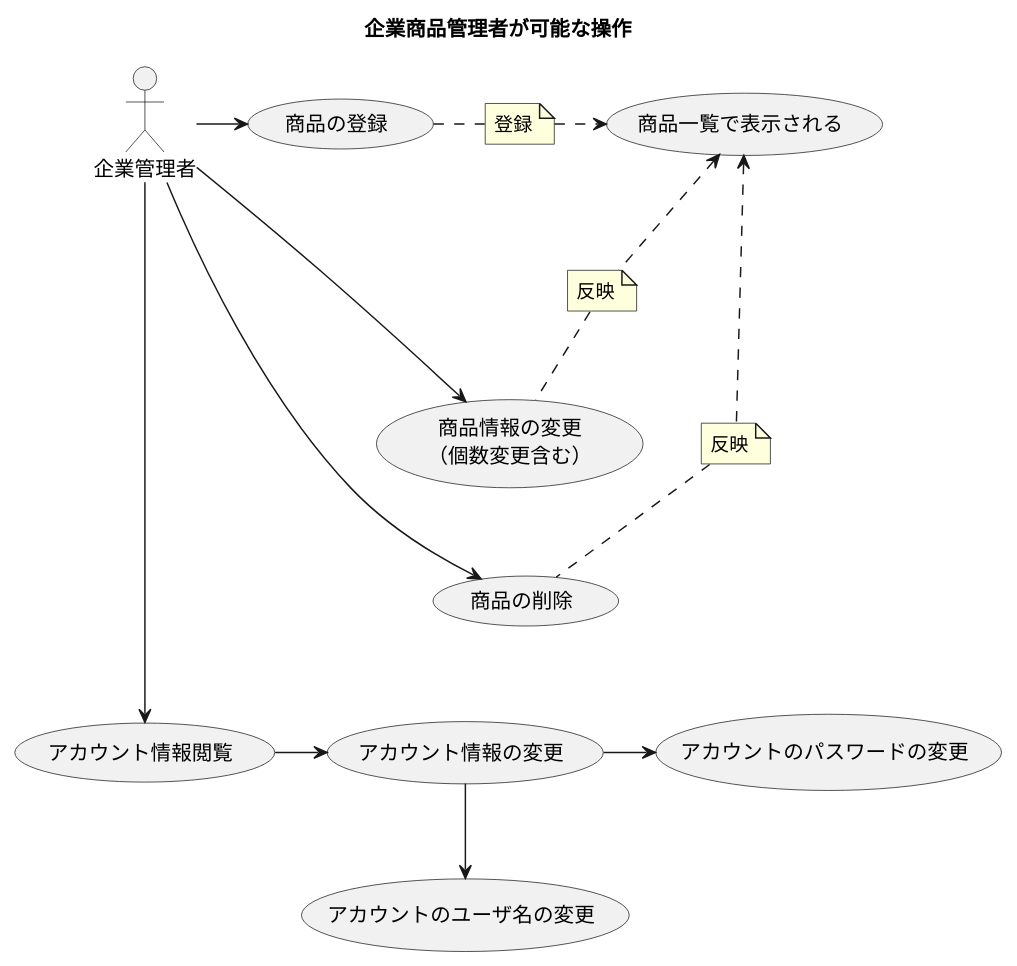
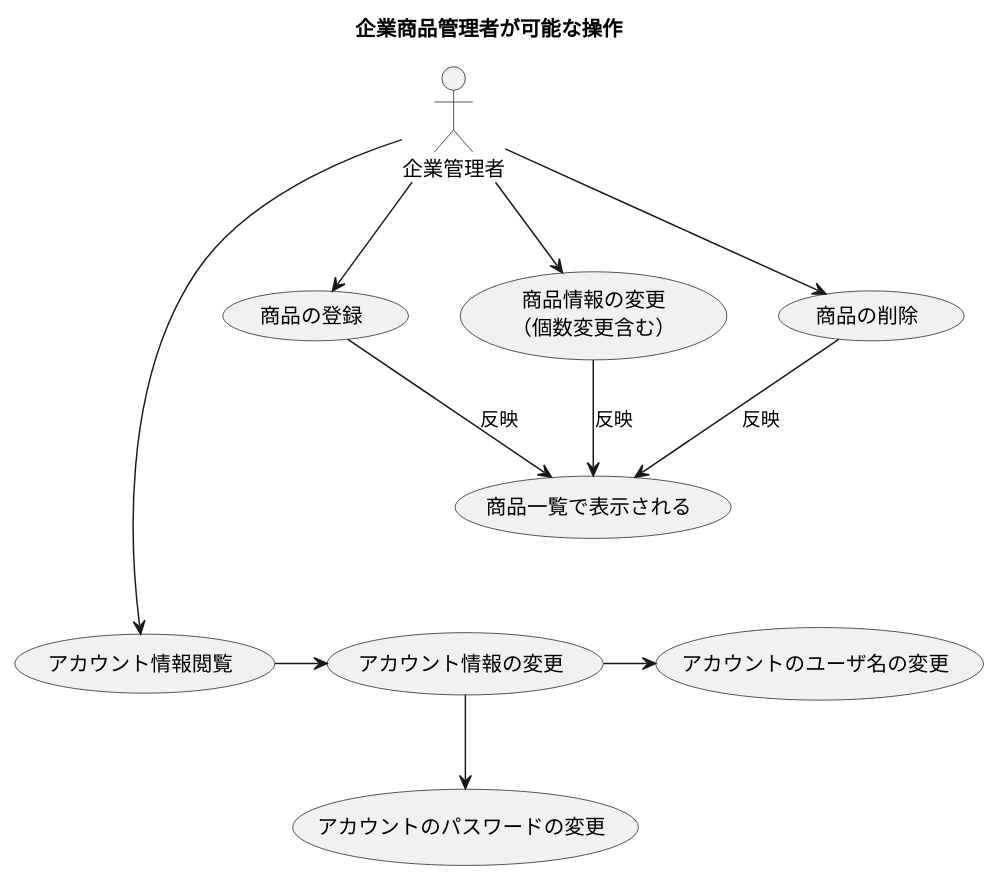
One commit to whalego/django_market_app changed the diagram in products_documents/workflow_diagram/admin_user_workfrow.puml. Above: the diagram before and after it, drawn with PlantUML.

Commit message:
企業商品管理者のワークフローの余分な部分を削除

```diff
--- a/products_documents/workflow_diagram/admin_user_workfrow.puml
+++ b/products_documents/workflow_diagram/admin_user_workfrow.puml
@@ -1,38 +1,31 @@
 @startuml
 title
 企業商品管理者が可能な操作
 end title
 
 :企業管理者: as item_administrator
 (商品の登録) as item
 (商品一覧で表示される) as item_list
 (商品情報の変更\n（個数変更含む）) as item_change_information
 (商品の削除) as delete_item
 (アカウント情報閲覧) as account_info
 (アカウント情報の変更) as change_account_info
 (アカウントのパスワードの変更) as change_password
 (アカウントのユーザ名の変更) as change_user_name
 
-note "登録" as register
-note "反映" as change_apply
-note "反映" as delete_apply
+item_administrator --> item
+item --> item_list : 反映
 
-item_administrator -> item
-item . register
-register .> item_list
+item_administrator --> delete_item
+delete_item --> item_list : 反映
 
-delete_item <- item_administrator
-delete_apply .. delete_item
-item_list <... delete_apply
-
-item_change_information <- item_administrator
-change_apply .. item_change_information
-item_list <.. change_apply
+item_administrator --> item_change_information
+item_change_information --> item_list : 反映
 
 top to bottom direction
-item_administrator -----> account_info
+item_administrator ----> account_info
 account_info -> change_account_info
-change_account_info --> change_user_name
-change_account_info -> change_password
+change_account_info -> change_user_name
+change_account_info --> change_password
 
 @enduml
```
